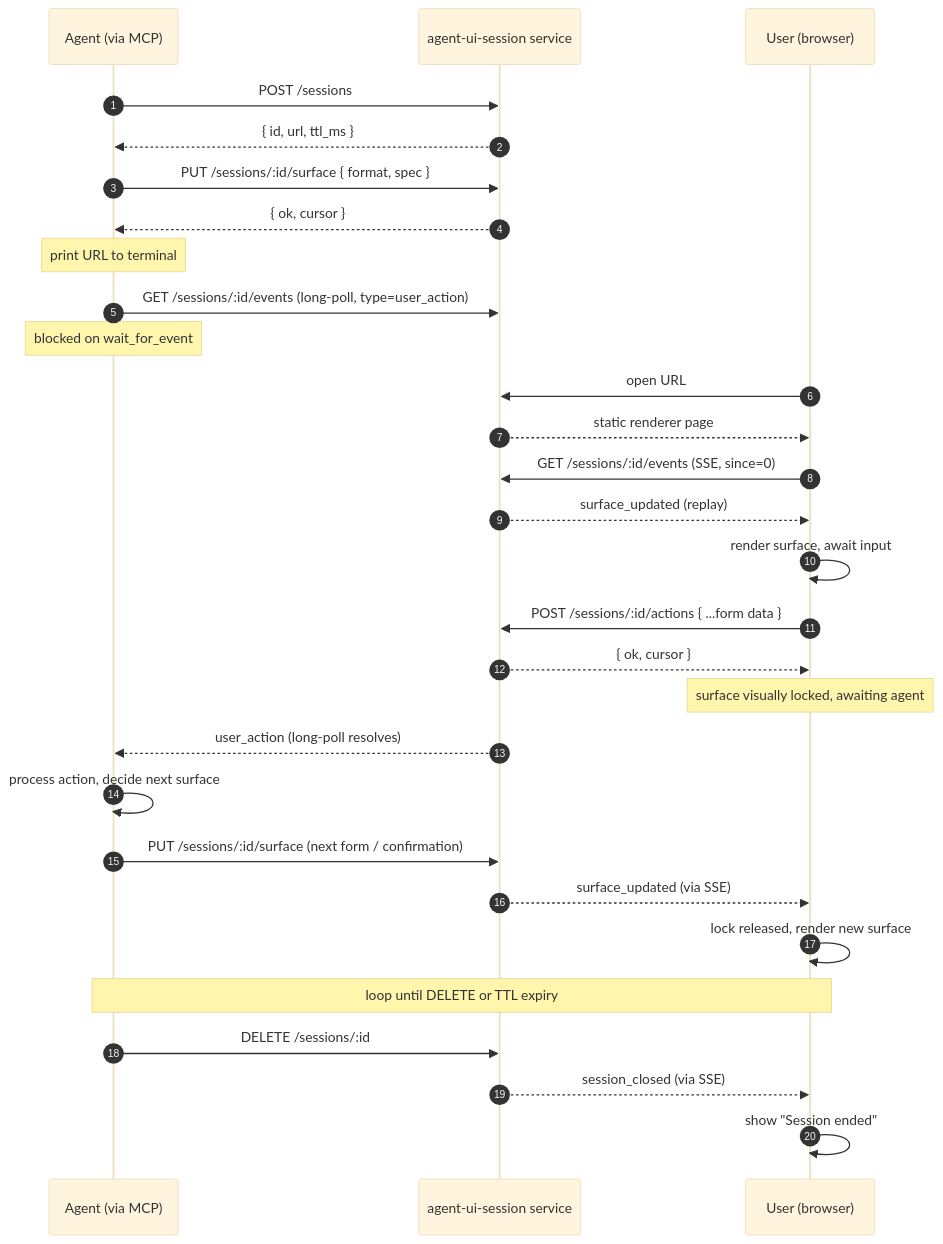
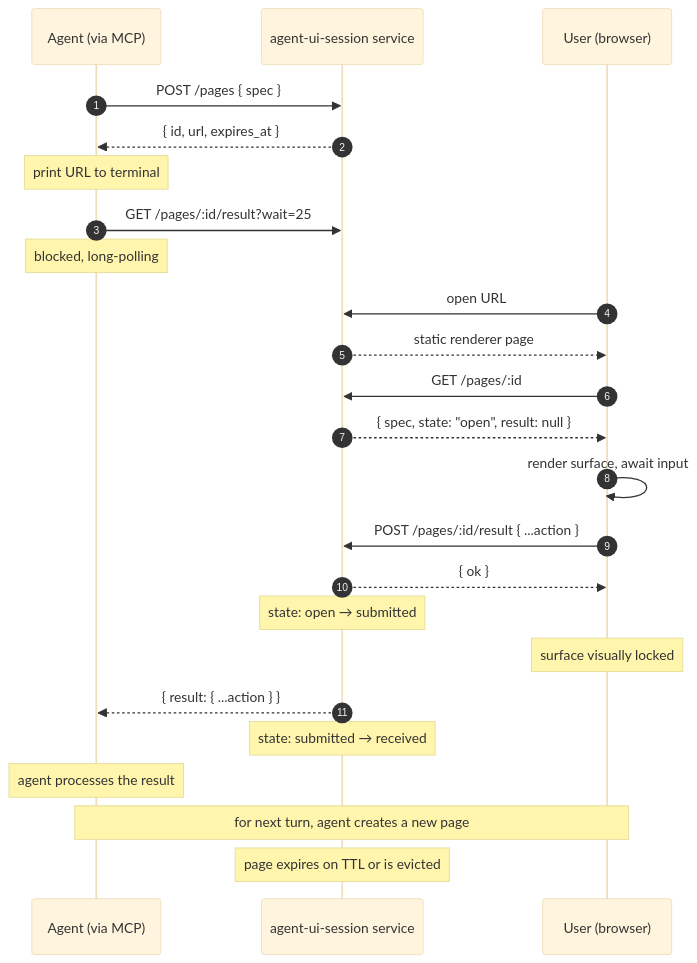
Before and after one commit to blockful/pagent: the diagram in PRD.md, drawn with Mermaid (base theme). The commit also changed other lines of this file, not shown here.

First line of the commit message:
docs(prd): collapse API to /pages with state machine

````diff
--- a/PRD.md
+++ b/PRD.md
@@ -35,37 +35,32 @@
 ```mermaid
 sequenceDiagram
   autonumber
   participant A as Agent (via MCP)
   participant S as agent-ui-session service
   participant U as User (browser)
 
-  A->>S: POST /sessions
-  S-->>A: { id, url, ttl_ms }
-  A->>S: PUT /sessions/:id/surface { format, spec }
-  S-->>A: { ok, cursor }
+  A->>S: POST /pages { spec }
+  S-->>A: { id, url, expires_at }
   Note over A: print URL to terminal
 
-  A->>S: GET /sessions/:id/events (long-poll, type=user_action)
-  Note over A: blocked on wait_for_event
+  A->>S: GET /pages/:id/result?wait=25
+  Note over A: blocked, long-polling
 
   U->>S: open URL
   S-->>U: static renderer page
-  U->>S: GET /sessions/:id/events (SSE, since=0)
-  S-->>U: surface_updated (replay)
+  U->>S: GET /pages/:id
+  S-->>U: { spec, state: "open", result: null }
   U->>U: render surface, await input
 
-  U->>S: POST /sessions/:id/actions { ...form data }
-  S-->>U: { ok, cursor }
-  Note over U: surface visually locked, awaiting agent
-  S-->>A: user_action (long-poll resolves)
+  U->>S: POST /pages/:id/result { ...action }
+  S-->>U: { ok }
+  Note over S: state: open → submitted
+  Note over U: surface visually locked
 
-  A->>A: process action, decide next surface
-  A->>S: PUT /sessions/:id/surface (next form / confirmation)
-  S-->>U: surface_updated (via SSE)
-  U->>U: lock released, render new surface
+  S-->>A: { result: { ...action } }
+  Note over S: state: submitted → received
+  Note over A: agent processes the result
 
-  Note over A,U: loop until DELETE or TTL expiry
-  A->>S: DELETE /sessions/:id
-  S-->>U: session_closed (via SSE)
-  U->>U: show "Session ended"
+  Note over A,U: for next turn, agent creates a new page
+  Note over S: page expires on TTL or is evicted
 ```
````
